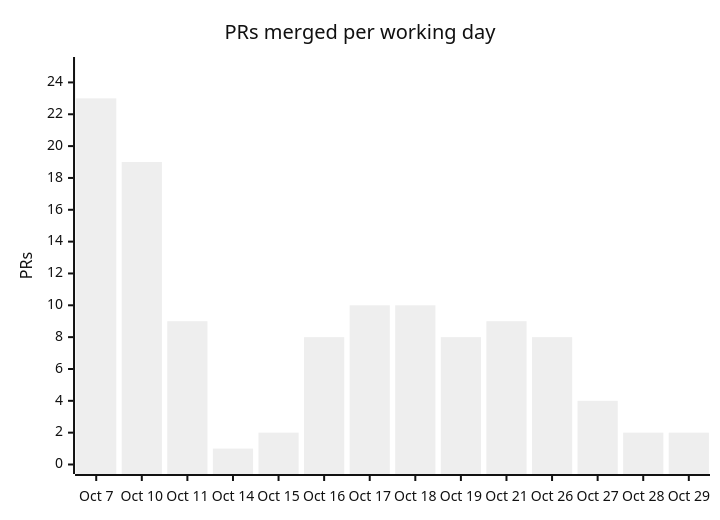
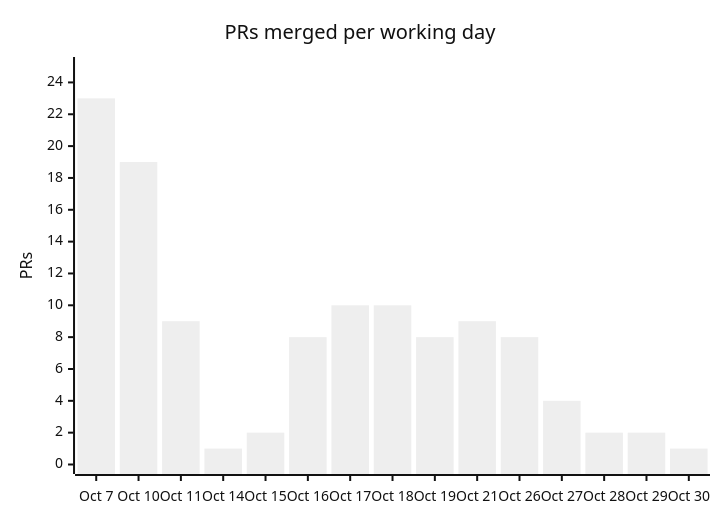
The fourth of 7 diagrams in docs/OVERVIEW.md (cmprssd/swjkja), drawn with Mermaid (neutral theme) before and after one commit. The commit also changed other lines of this file and 7 other files, not shown here.

````diff
--- a/docs/OVERVIEW.md
+++ b/docs/OVERVIEW.md
@@ -166,7 +166,7 @@
 ```mermaid
 xychart-beta
     title "PRs merged per working day"
-    x-axis ["Oct 7", "Oct 10", "Oct 11", "Oct 14", "Oct 15", "Oct 16", "Oct 17", "Oct 18", "Oct 19", "Oct 21", "Oct 26", "Oct 27", "Oct 28", "Oct 29"]
+    x-axis ["Oct 7", "Oct 10", "Oct 11", "Oct 14", "Oct 15", "Oct 16", "Oct 17", "Oct 18", "Oct 19", "Oct 21", "Oct 26", "Oct 27", "Oct 28", "Oct 29", "Oct 30"]
     y-axis "PRs" 0 --> 25
-    bar [23, 19, 9, 1, 2, 8, 10, 10, 8, 9, 8, 4, 2, 2]
+    bar [23, 19, 9, 1, 2, 8, 10, 10, 8, 9, 8, 4, 2, 2, 1]
 ```
````
